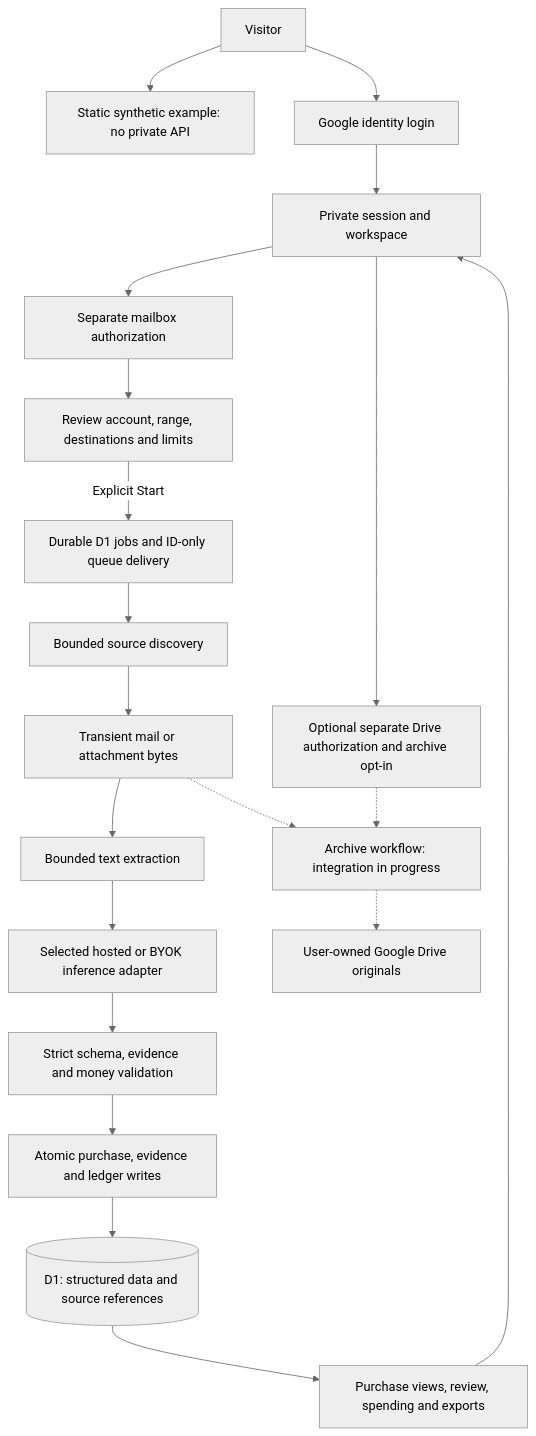
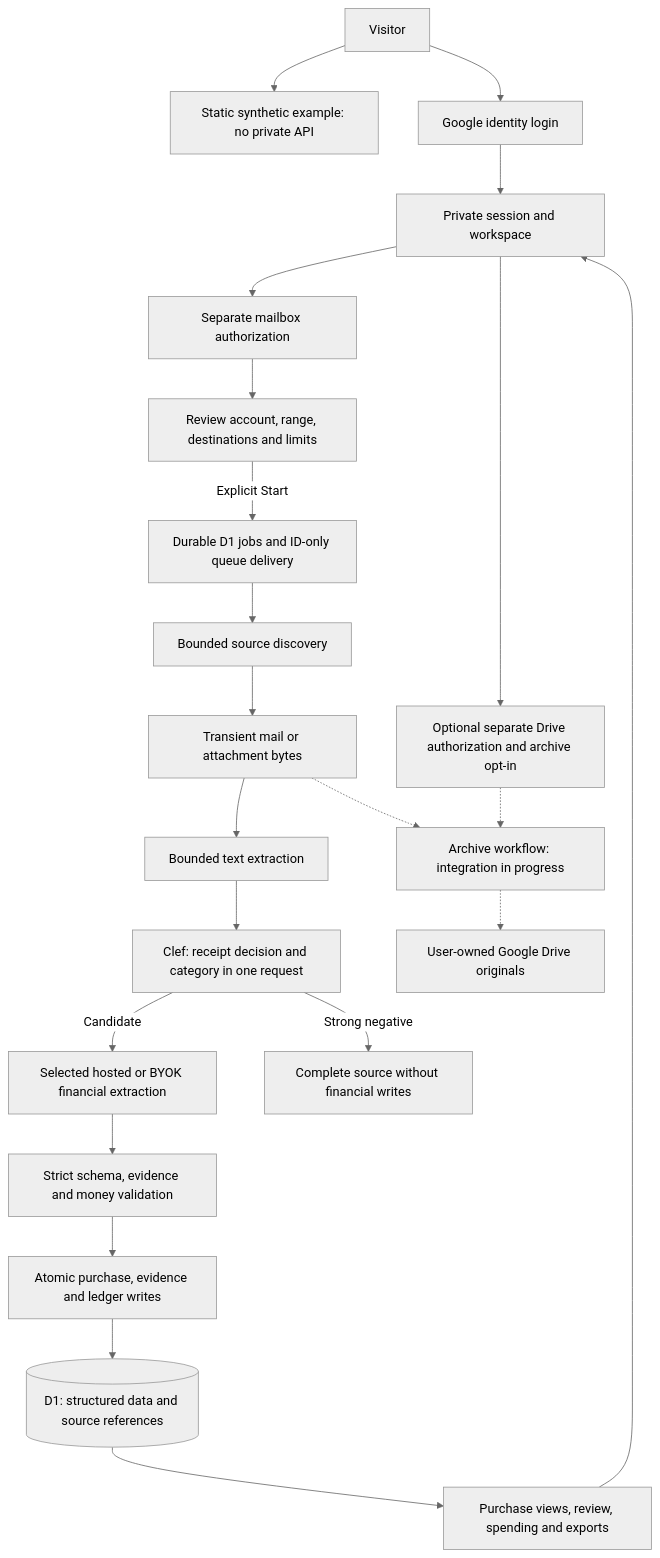
Before and after one commit to mhosseinab/invoxim: the second of 2 diagrams in README.md, drawn with Mermaid (neutral theme). The commit also changed other lines of this file and 38 other files, not shown here.

Commit message:
Classify receipt emails and categories through Clef

````diff
--- a/README.md
+++ b/README.md
@@ -140,22 +140,24 @@
 ```mermaid
 flowchart TD
   Visitor[Visitor] --> Example[Static synthetic example: no private API]
   Visitor --> Login[Google identity login]
   Login --> Session[Private session and workspace]
   Session --> MailConsent[Separate mailbox authorization]
   MailConsent --> Review[Review account, range, destinations and limits]
   Review -->|Explicit Start| Jobs[Durable D1 jobs and ID-only queue delivery]
   Jobs --> Discovery[Bounded source discovery]
   Discovery --> Content[Transient mail or attachment bytes]
   Content --> Parser[Bounded text extraction]
-  Parser --> AI[Selected hosted or BYOK inference adapter]
+  Parser --> Clef[Clef: receipt decision and category in one request]
+  Clef -->|Candidate| AI[Selected hosted or BYOK financial extraction]
+  Clef -->|Strong negative| Complete[Complete source without financial writes]
   AI --> Validation[Strict schema, evidence and money validation]
   Validation --> Ledger[Atomic purchase, evidence and ledger writes]
   Ledger --> Data[(D1: structured data and source references)]
   Data --> Views[Purchase views, review, spending and exports]
   Views --> Session
   Session --> DriveConsent[Optional separate Drive authorization and archive opt-in]
   DriveConsent -.-> Archive[Archive workflow: integration in progress]
   Content -.-> Archive
   Archive -.-> Drive[User-owned Google Drive originals]
 ```
````
